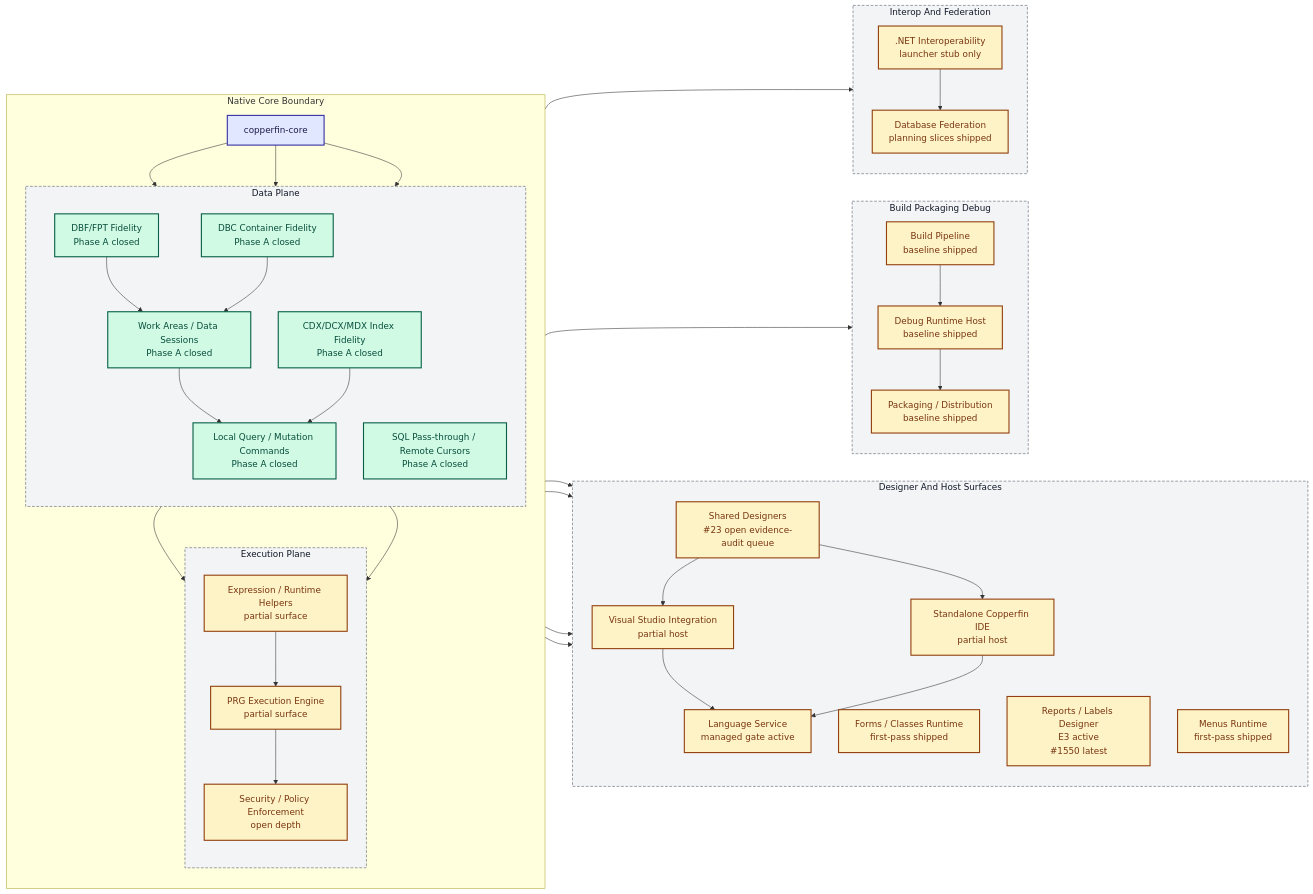
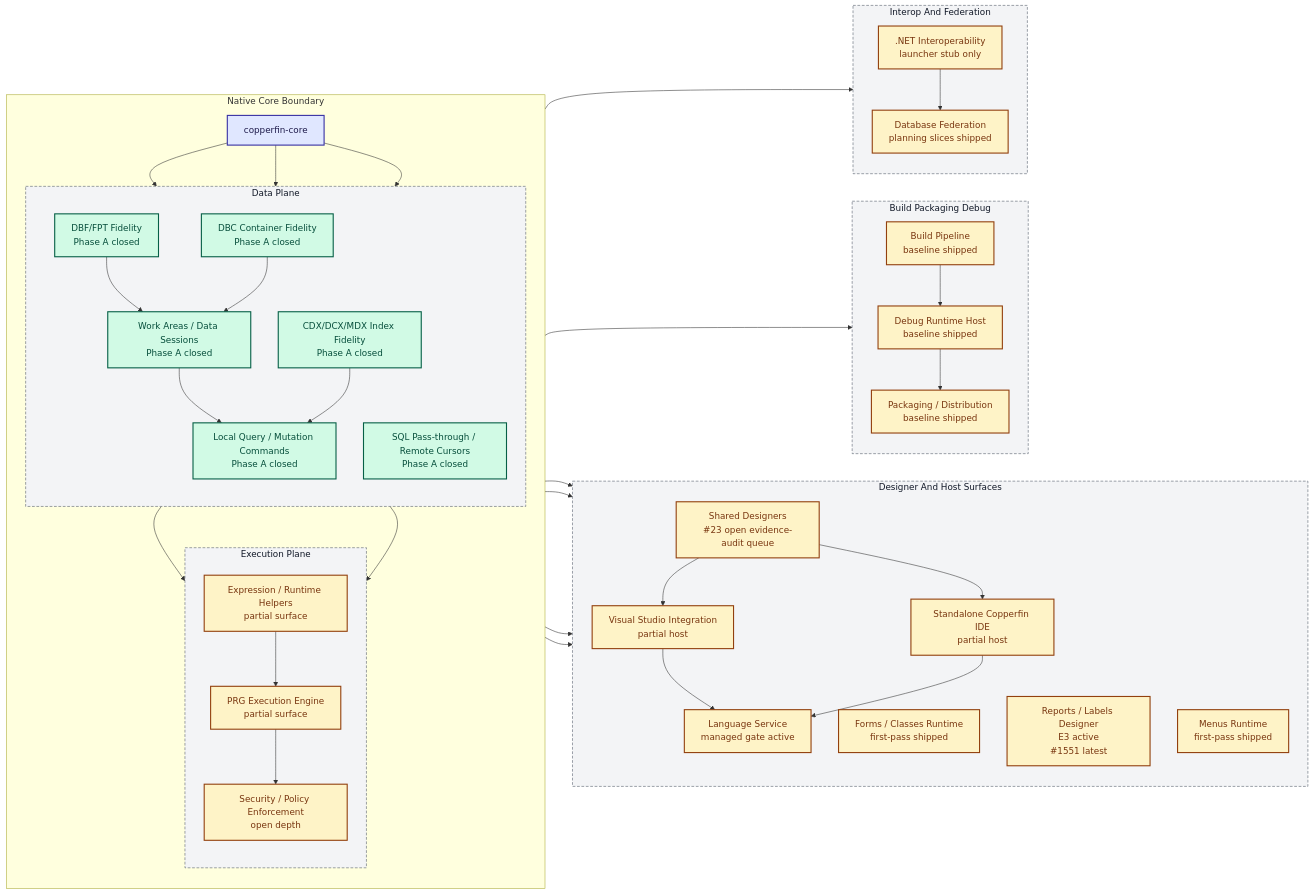
The diagram in docs/02-architecture.md (rhamenator/Project-Copperfin), drawn with Mermaid before and after one commit. The commit also changed 6 other files, not shown here.

```diff
--- a/docs/02-architecture.md
+++ b/docs/02-architecture.md
@@ -36,7 +36,7 @@
         direction TB
         DES["Shared Designers<br/>#23 open evidence-audit queue"]
         FORMS["Forms / Classes Runtime<br/>first-pass shipped"]
-        RPT["Reports / Labels Designer<br/>E3 active<br/>#1550 latest"]
+        RPT["Reports / Labels Designer<br/>E3 active<br/>#1551 latest"]
         MENU["Menus Runtime<br/>first-pass shipped"]
         VS["Visual Studio Integration<br/>partial host"]
         IDE["Standalone Copperfin IDE<br/>partial host"]
```
